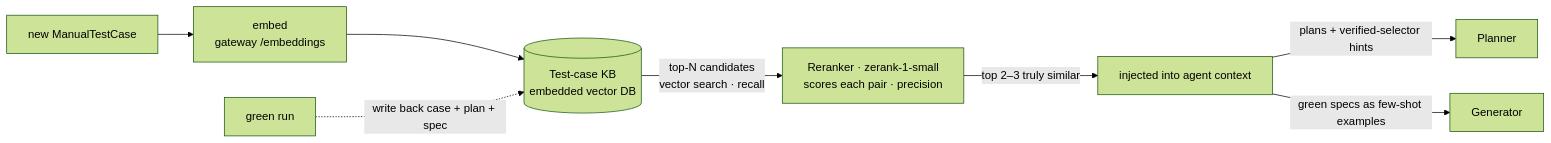
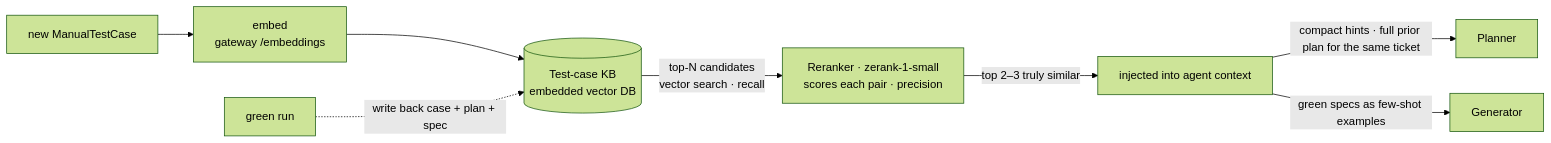
Before and after one commit to jpucic00/agentic-test-automation: the third of 3 diagrams in docs/ARCHITECTURE.md, drawn with Mermaid (forest theme). The commit also changed other lines of this file and 27 other files, not shown here.

````diff
--- a/docs/ARCHITECTURE.md
+++ b/docs/ARCHITECTURE.md
@@ -221,10 +227,10 @@
 ```mermaid
 flowchart LR
     MTC["new ManualTestCase"] --> EMB["embed<br/>gateway /embeddings"]
     EMB --> KB[("Test-case KB<br/>embedded vector DB")]
     KB -->|"top-N candidates<br/>vector search · recall"| RR["Reranker · zerank-1-small<br/>scores each pair · precision"]
     RR -->|top 2–3 truly similar| INJ["injected into agent context"]
-    INJ -->|plans + verified-selector hints| PL2["Planner"]
+    INJ -->|"compact hints · full prior plan for the same ticket"| PL2["Planner"]
     INJ -->|green specs as few-shot examples| GE2["Generator"]
     GRN["green run"] -. write back case + plan + spec .-> KB
 ```
````
